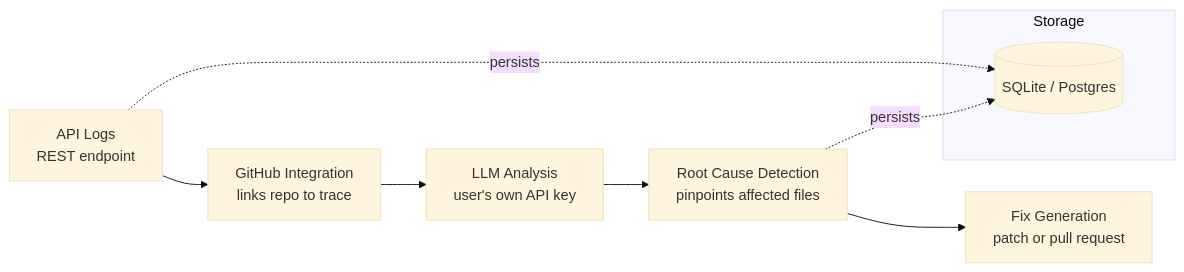
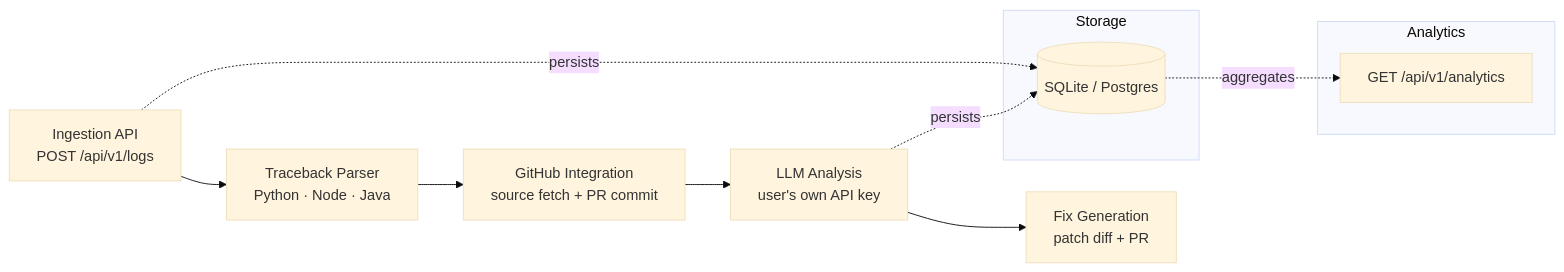
The first of 2 diagrams in README.md (SabarishR08/autotriage), drawn with Mermaid (base theme) before and after one commit. The commit also changed other lines of this file and 10 other files, not shown here.

````diff
--- a/README.md
+++ b/README.md
@@ -22,14 +21,19 @@
 ```mermaid
 flowchart LR
-    A[API Logs<br/>REST endpoint] --> B[GitHub Integration<br/>links repo to trace]
-    B --> C[LLM Analysis<br/>user's own API key]
-    C --> D[Root Cause Detection<br/>pinpoints affected files]
-    D --> E[Fix Generation<br/>patch or pull request]
+    A[Ingestion API<br/>POST /api/v1/logs] --> B[Traceback Parser<br/>Python · Node · Java]
+    B --> C[GitHub Integration<br/>source fetch + PR commit]
+    C --> D[LLM Analysis<br/>user's own API key]
+    D --> E[Fix Generation<br/>patch diff + PR]
 
     subgraph Storage
         F[(SQLite / Postgres)]
     end
 
+    subgraph Analytics
+        G[GET /api/v1/analytics]
+    end
+
     A -.persists.-> F
     D -.persists.-> F
+    F -.aggregates.-> G
 ```
````
